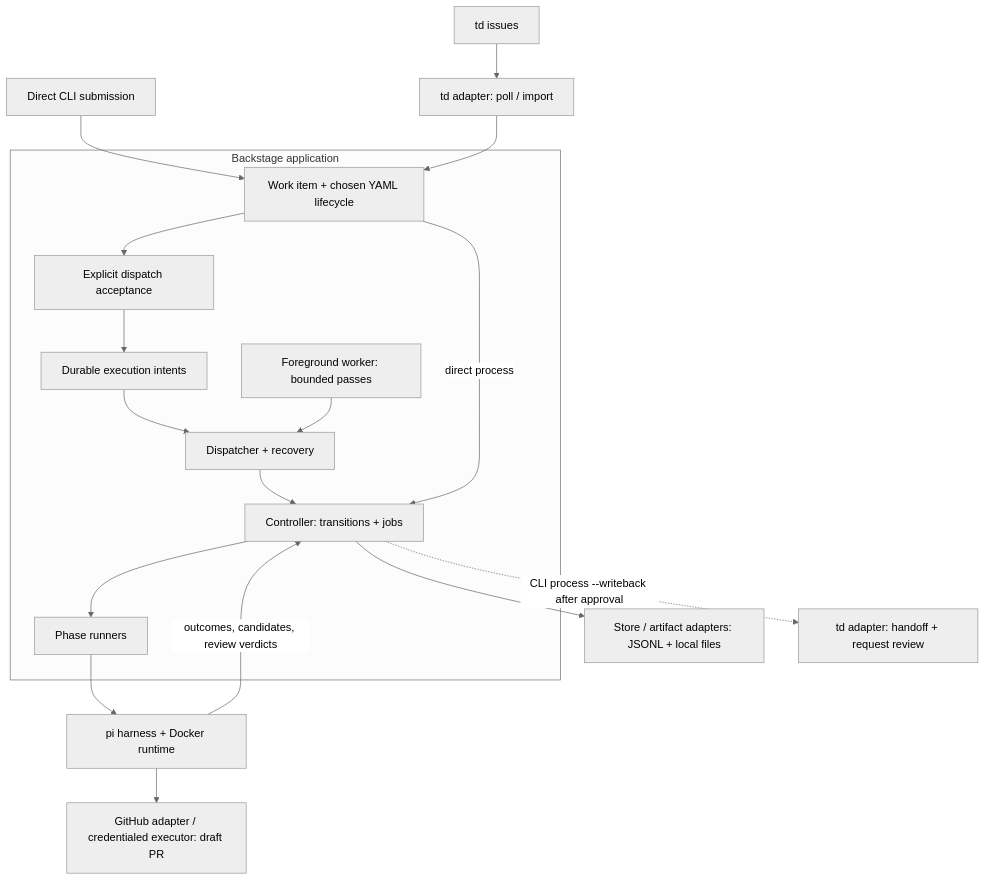
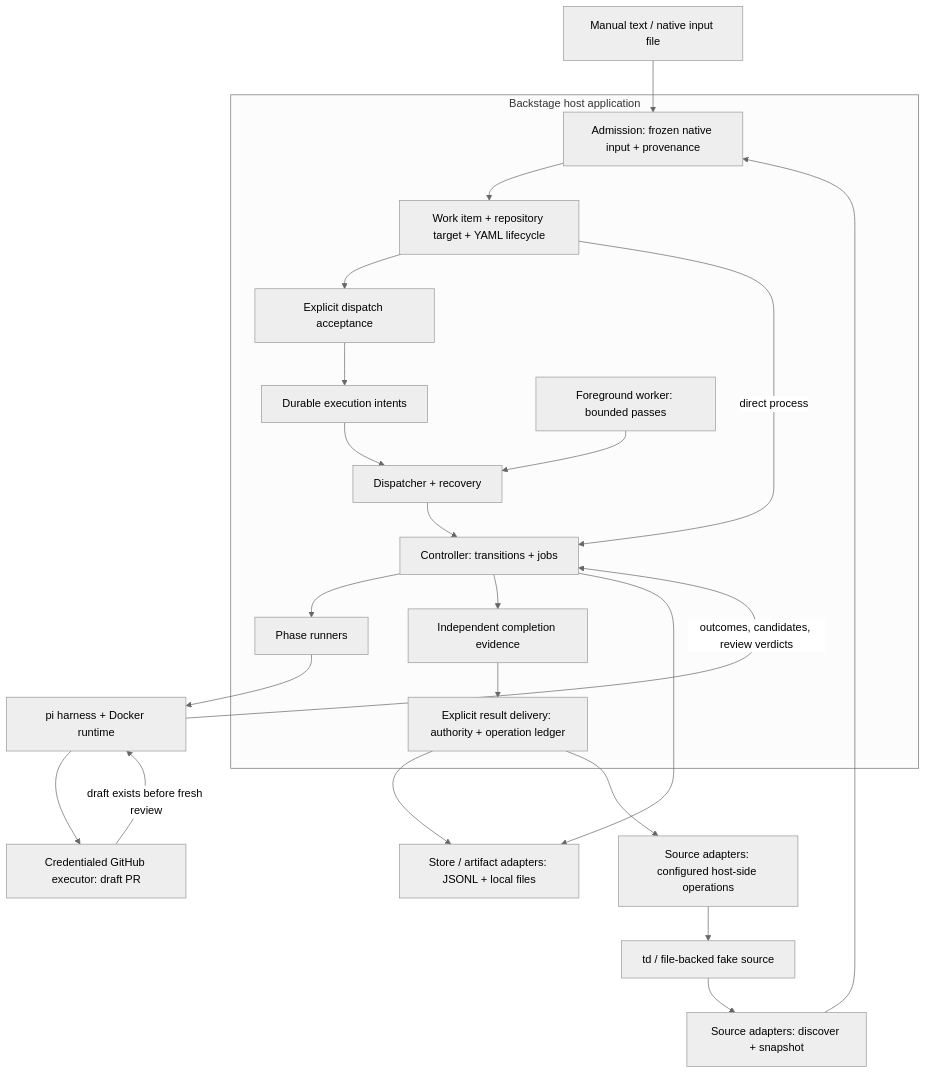
Before and after one commit to marcus/backstage: the diagram in README.md, drawn with Mermaid (neutral theme). The commit also changed other lines of this file and 55 other files, not shown here.

Commit message:
feat: decouple native work sources from execution (td-4837da)

````diff
--- a/README.md
+++ b/README.md
@@ -18,20 +18,26 @@
 ```mermaid
 flowchart TD
-  manual["Direct CLI submission"] --> work
-  td["td issues"] --> source["td adapter: poll / import"]
-  source --> work
-  subgraph core["Backstage application"]
-    work["Work item + chosen YAML lifecycle"] --> accept["Explicit dispatch acceptance"]
+  manual["Manual text / native input file"] --> admission
+  sources["td / file-backed fake source"] --> adapters["Source adapters: discover + snapshot"]
+  adapters --> admission
+  subgraph core["Backstage host application"]
+    admission["Admission: frozen native input + provenance"] --> work["Work item + repository target + YAML lifecycle"]
+    work --> accept["Explicit dispatch acceptance"]
     accept --> queue["Durable execution intents"]
     queue --> dispatcher["Dispatcher + recovery"]
     worker["Foreground worker: bounded passes"] --> dispatcher
     dispatcher --> controller["Controller: transitions + jobs"]
     work -->|"direct process"| controller
     controller --> runners["Phase runners"]
+    controller --> approved["Independent completion evidence"]
+    approved --> delivery["Explicit result delivery: authority + operation ledger"]
   end
   controller --> state["Store / artifact adapters: JSONL + local files"]
+  delivery --> state
   runners --> execution["pi harness + Docker runtime"]
-  execution --> github["GitHub adapter / credentialed executor: draft PR"]
+  execution --> publisher["Credentialed GitHub executor: draft PR"]
+  publisher -->|"draft exists before fresh review"| execution
   execution -->|"outcomes, candidates, review verdicts"| controller
-  controller -.->|"CLI process --writeback after approval"| writeback["td adapter: handoff + request review"]
+  delivery --> writes["Source adapters: configured host-side operations"]
+  writes --> sources
 ```
````
